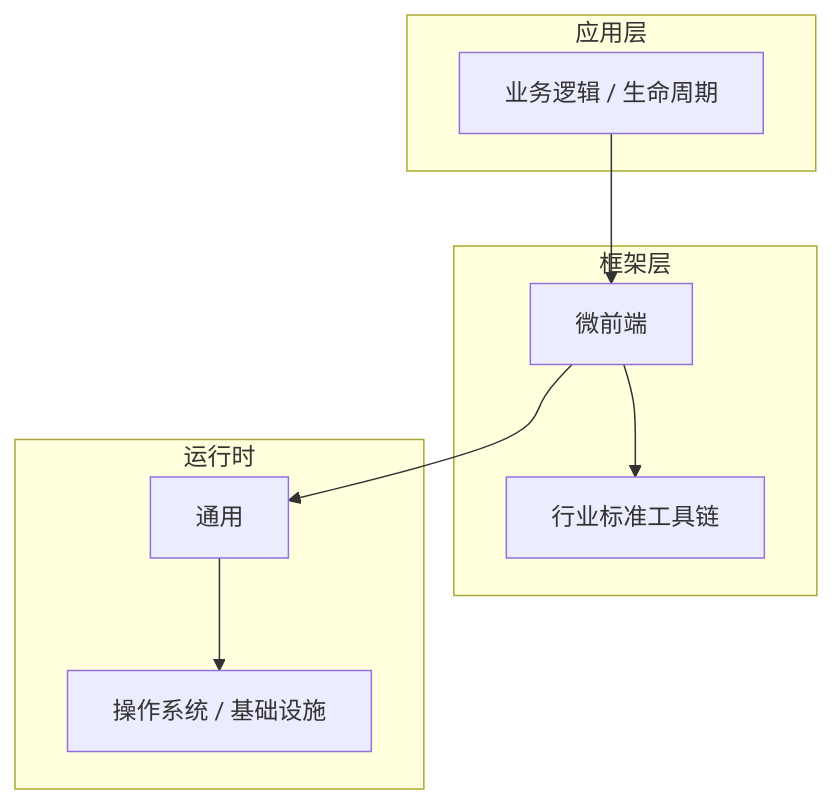
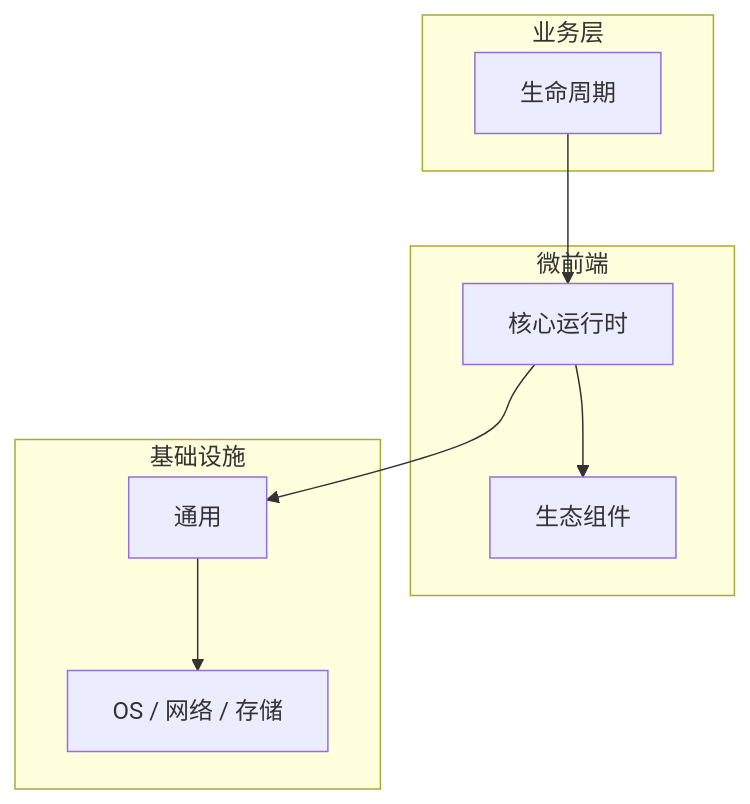
The diagram in articles/微前端/chapters/061-生命周期核心概念与原理.md (yanggan2015/knowledge-json-v2), drawn with Mermaid before and after one commit. The commit also changed other lines of this file and 10127 other files, not shown here.

````diff
--- a/articles/微前端/chapters/061-生命周期核心概念与原理.md
+++ b/articles/微前端/chapters/061-生命周期核心概念与原理.md
@@ -45,18 +34,18 @@
 ```mermaid
 graph TB
-    subgraph 应用层
-        A[业务逻辑 / 生命周期]
+    subgraph 业务层
+        A[生命周期]
     end
-    subgraph 框架层
-        B[微前端]
-        C[行业标准工具链]
+    subgraph 微前端
+        B[核心运行时]
+        C[生态组件]
     end
-    subgraph 运行时
+    subgraph 基础设施
         D[通用]
-        E[操作系统 / 基础设施]
+        E[OS / 网络 / 存储]
     end
     A --> B
     B --> C
     B --> D
     D --> E
 ```
````
